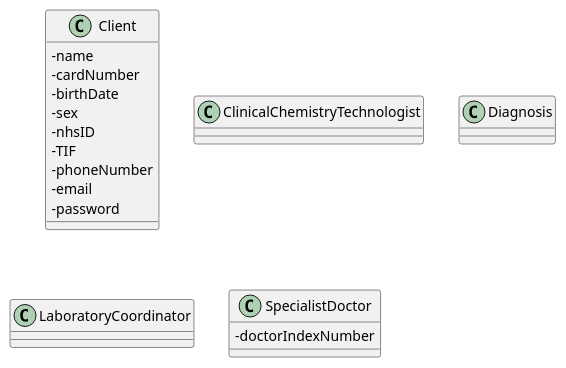
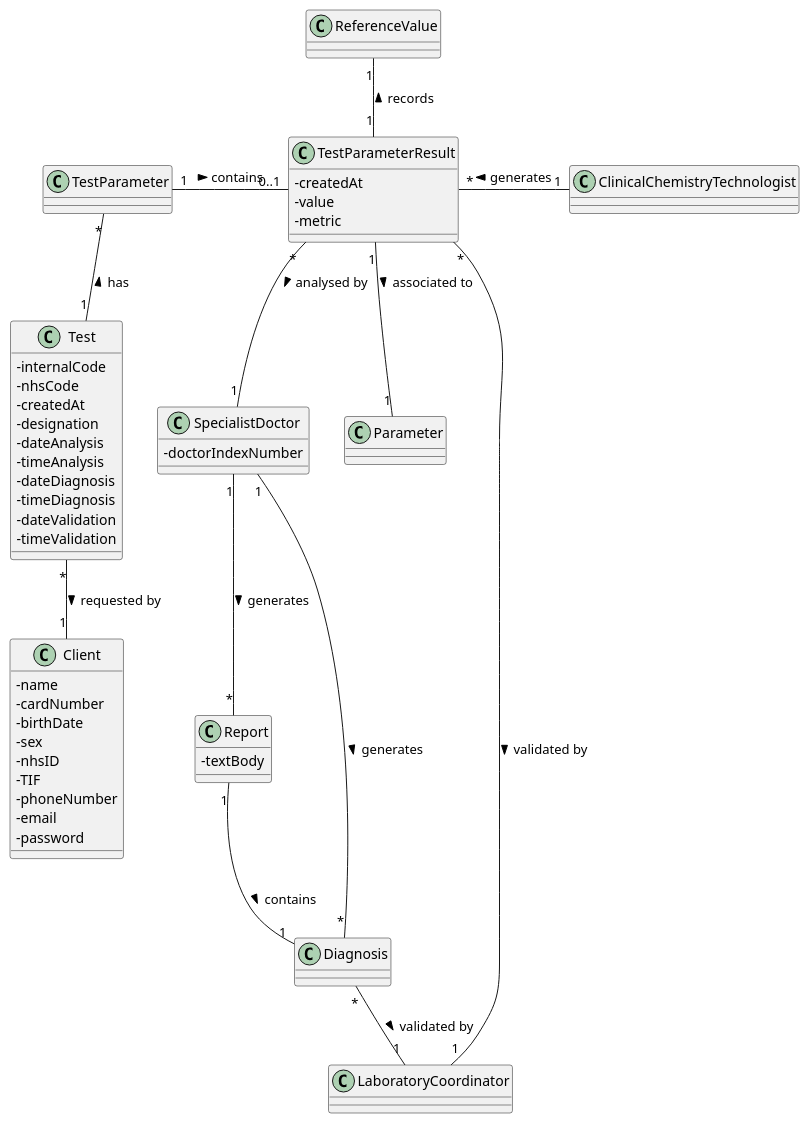
Before and after one commit to MadDinosaur/ISEP-LAPR2: the diagram in docs/SprintC/US15/US15_DM.puml, drawn with PlantUML. The commit also changed 2 other files, not shown here.

```diff
--- a/docs/SprintC/US15/US15_DM.puml
+++ b/docs/SprintC/US15/US15_DM.puml
@@ -1,26 +1,64 @@
 @startuml
 skinparam classAttributeIconSize 0
 
 
 class Client {
 -name
 -cardNumber
 -birthDate
 -sex
 -nhsID
 -TIF
 -phoneNumber
 -email
 -password
 }
 
 class ClinicalChemistryTechnologist
 
 class Diagnosis
 
 class LaboratoryCoordinator
 
 class SpecialistDoctor {
 -doctorIndexNumber
 }
+
+class Report {
+-textBody
+}
+
+class Diagnosis
+
+class Test {
+-internalCode
+-nhsCode
+-createdAt
+-designation
+-dateAnalysis
+-timeAnalysis
+-dateDiagnosis
+-timeDiagnosis
+-dateValidation
+-timeValidation
+}
+
+class TestParameterResult {
+-createdAt
+-value
+-metric
+}
+
+TestParameter "*"--"1" Test : has <
+TestParameter "1"-right- "0..1" TestParameterResult : contains >
+TestParameterResult "*"-right-"1" ClinicalChemistryTechnologist : generates <
+TestParameterResult "1"--"1" Parameter : associated to >
+TestParameterResult "1"-up-"1" ReferenceValue : records >
+TestParameterResult "*"--"1" LaboratoryCoordinator : validated by >
+TestParameterResult "*"--"1" SpecialistDoctor : analysed by >
+Test "*"--"1" Client : requested by >
+SpecialistDoctor "1"--"*" Report : generates >
+Diagnosis "*"--"1" LaboratoryCoordinator : validated by >
+Diagnosis "*"--"1" SpecialistDoctor : generates <
+Report "1"--"1" Diagnosis : contains >
 @enduml
```
